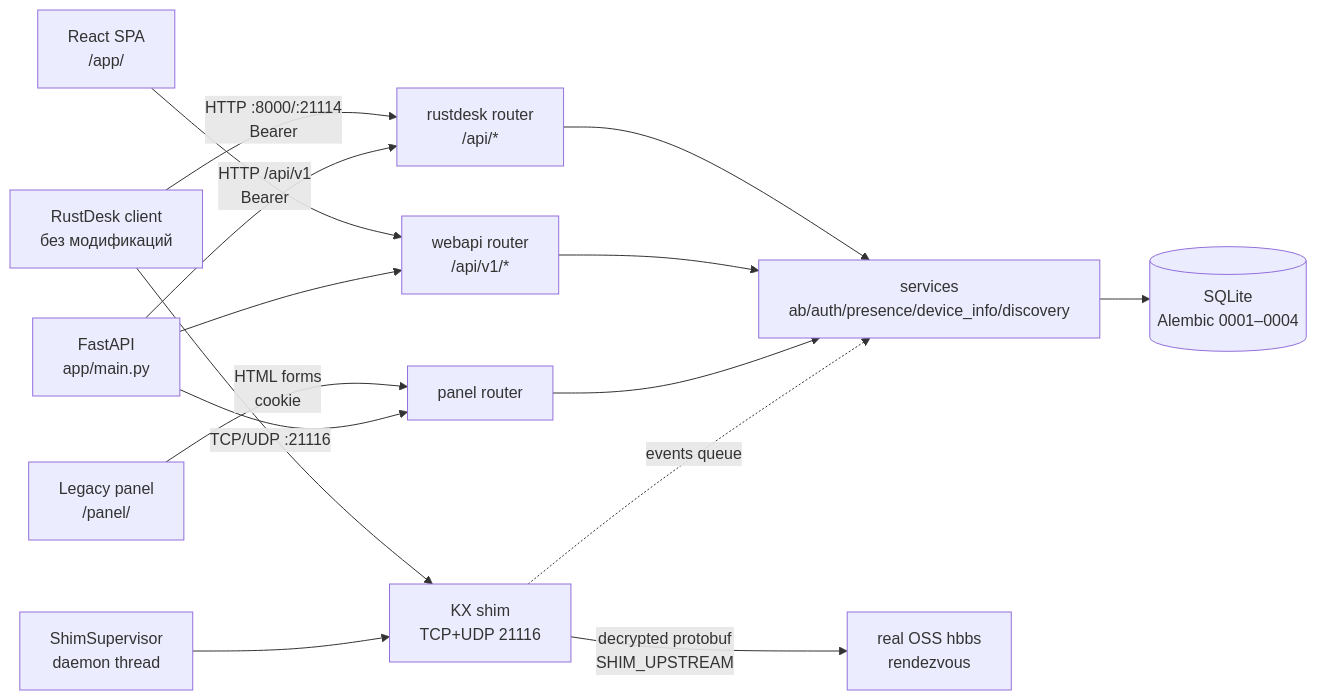
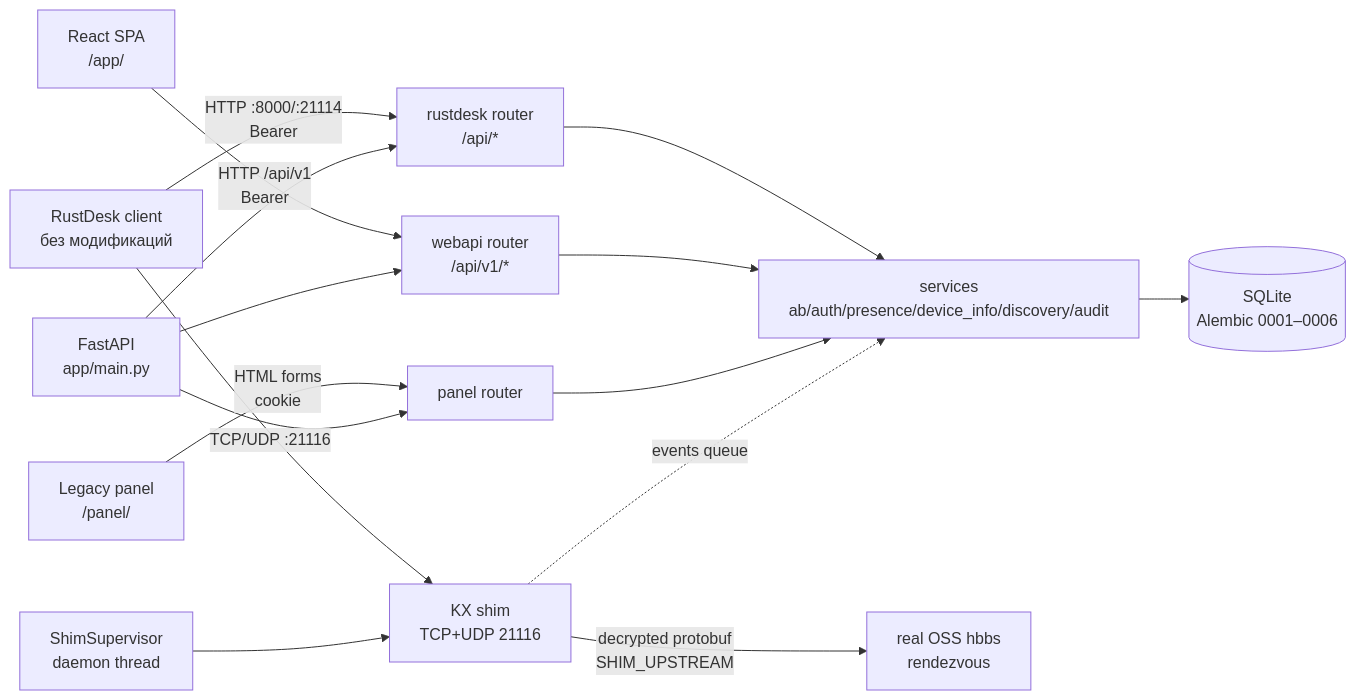
The first of 7 diagrams in docs/project/ARCHITECTURE.md (iinxn/rustdesk-address-book-api), drawn with Mermaid before and after one commit. The commit also changed other lines of this file and 36 other files, not shown here.

````diff
--- a/docs/project/ARCHITECTURE.md
+++ b/docs/project/ARCHITECTURE.md
@@ -39,26 +39,26 @@
 ```mermaid
 flowchart LR
     RC[RustDesk client<br/>без модификаций]
     SPA[React SPA<br/>/app/]
     LEG[Legacy panel<br/>/panel/]
     API[FastAPI<br/>app/main.py]
     RS[rustdesk router<br/>/api/*]
     V1[webapi router<br/>/api/v1/*]
     PNL[panel router]
-    SVC[services<br/>ab/auth/presence/device_info/discovery]
-    DB[(SQLite<br/>Alembic 0001–0004)]
+    SVC[services<br/>ab/auth/presence/device_info/discovery/audit]
+    DB[(SQLite<br/>Alembic 0001–0006)]
     SUP[ShimSupervisor<br/>daemon thread]
     SHIM[KX shim<br/>TCP+UDP 21116]
     HBBS[real OSS hbbs<br/>rendezvous]
 
     RC -->|HTTP :8000/:21114<br/>Bearer| RS
     RC -->|TCP/UDP :21116| SHIM
     SPA -->|HTTP /api/v1<br/>Bearer| V1
     LEG -->|HTML forms<br/>cookie| PNL
     API --> RS & V1 & PNL
     RS & V1 & PNL --> SVC
     SVC --> DB
     SUP --> SHIM
     SHIM -->|decrypted protobuf<br/>SHIM_UPSTREAM| HBBS
     SHIM -.->|events queue| SVC
 ```
````
